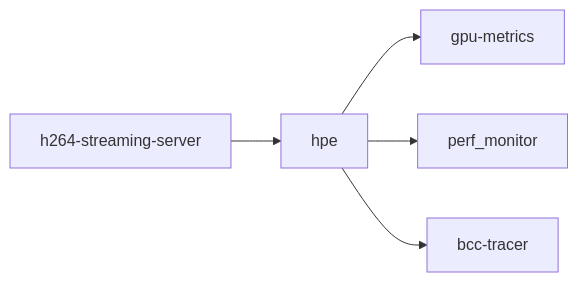
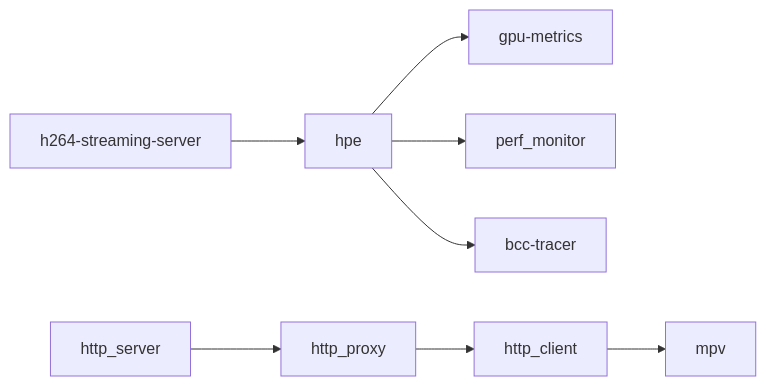
One commit to Fogus-Gr/MeasurementsDTs changed the third of 3 diagrams in .qoder/repowiki/en/content/Deployment Infrastructure/Containerization and Docker Configuration.md. Above: the diagram before and after it, drawn with Mermaid. The commit also changed other lines of this file and 10 other files, not shown here.

````diff
--- a/.qoder/repowiki/en/content/Deployment Infrastructure/Containerization and Docker Configuration.md
+++ b/.qoder/repowiki/en/content/Deployment Infrastructure/Containerization and Docker Configuration.md
@@ -264,7 +358,10 @@
 ```mermaid
 graph LR
 H264["h264-streaming-server"] --> HPE["hpe"]
 HPE --> GPU["gpu-metrics"]
 HPE --> PERF["perf_monitor"]
 HPE --> BPF["bcc-tracer"]
+HTTP_SERVER["http_server"] --> HTTP_PROXY["http_proxy"]
+HTTP_PROXY --> HTTP_CLIENT["http_client"]
+HTTP_CLIENT --> MPV["mpv"]
 ```
````
